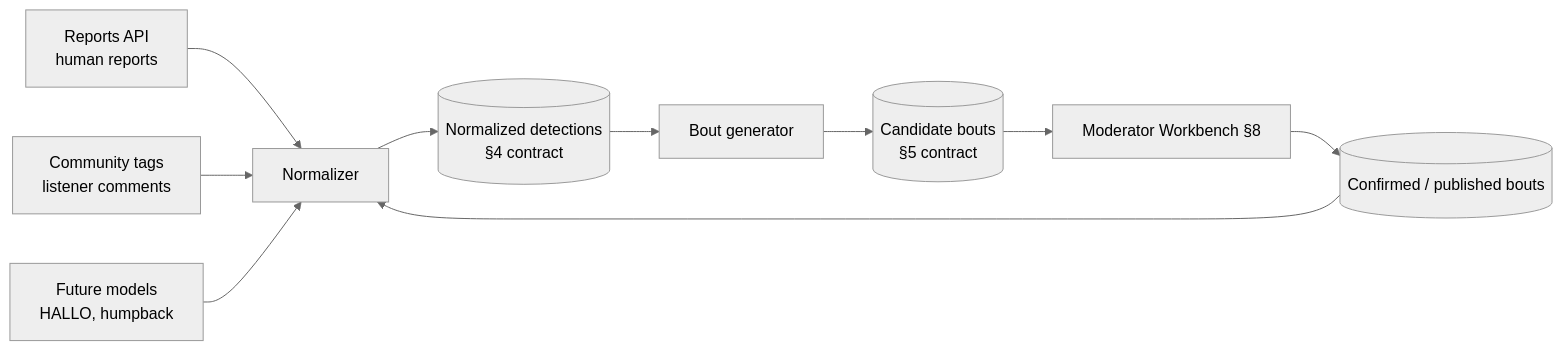
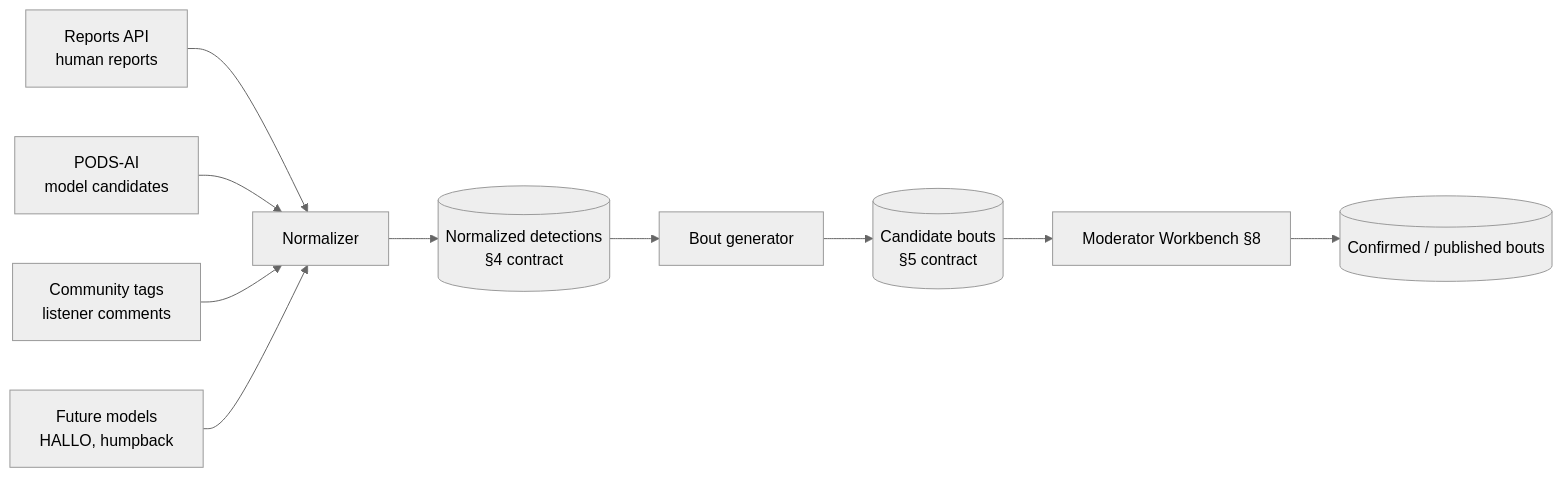
Before and after one commit to orcasound/orcahello: the first of 3 diagrams in ModeratorFrontEnd/specification/bout-spec.md, drawn with Mermaid (neutral theme). The commit also changed other lines of this file, not shown here.

````diff
--- a/ModeratorFrontEnd/specification/bout-spec.md
+++ b/ModeratorFrontEnd/specification/bout-spec.md
@@ -204,12 +248,12 @@
 ```mermaid
 flowchart LR
   R[Reports API<br/>human reports] --> N[Normalizer]
   P[PODS-AI<br/>model candidates] --> N
   C[Community tags<br/>listener comments] --> N
   M[Future models<br/>HALLO, humpback] --> N
   N --> D[(Normalized detections<br/>§4 contract)]
   D --> G[Bout generator]
   G --> B[(Candidate bouts<br/>§5 contract)]
   B --> W[Moderator Workbench §8]
-  W --> P[(Confirmed / published bouts)]
+  W --> PB[(Confirmed / published bouts)]
 ```
````
